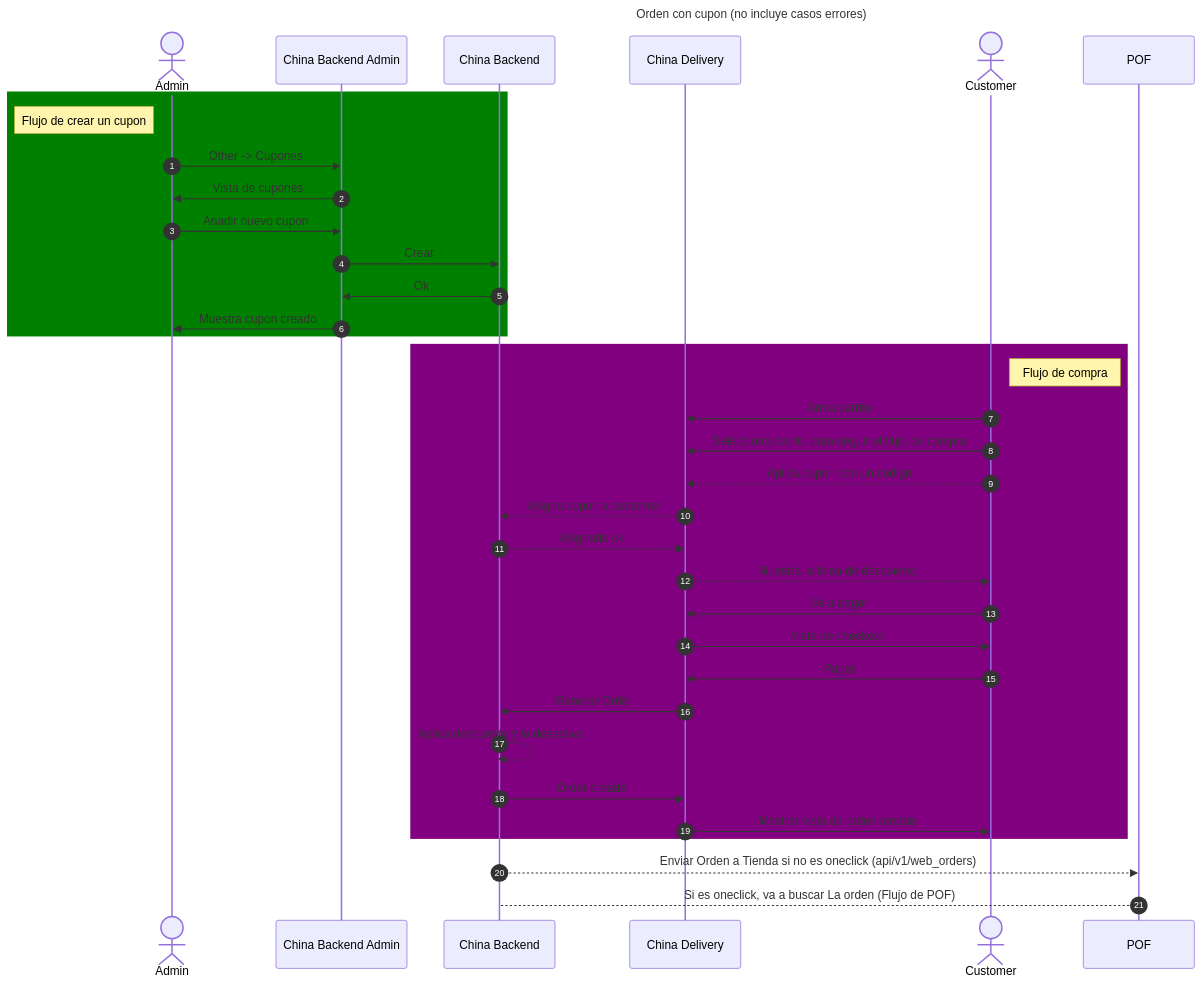
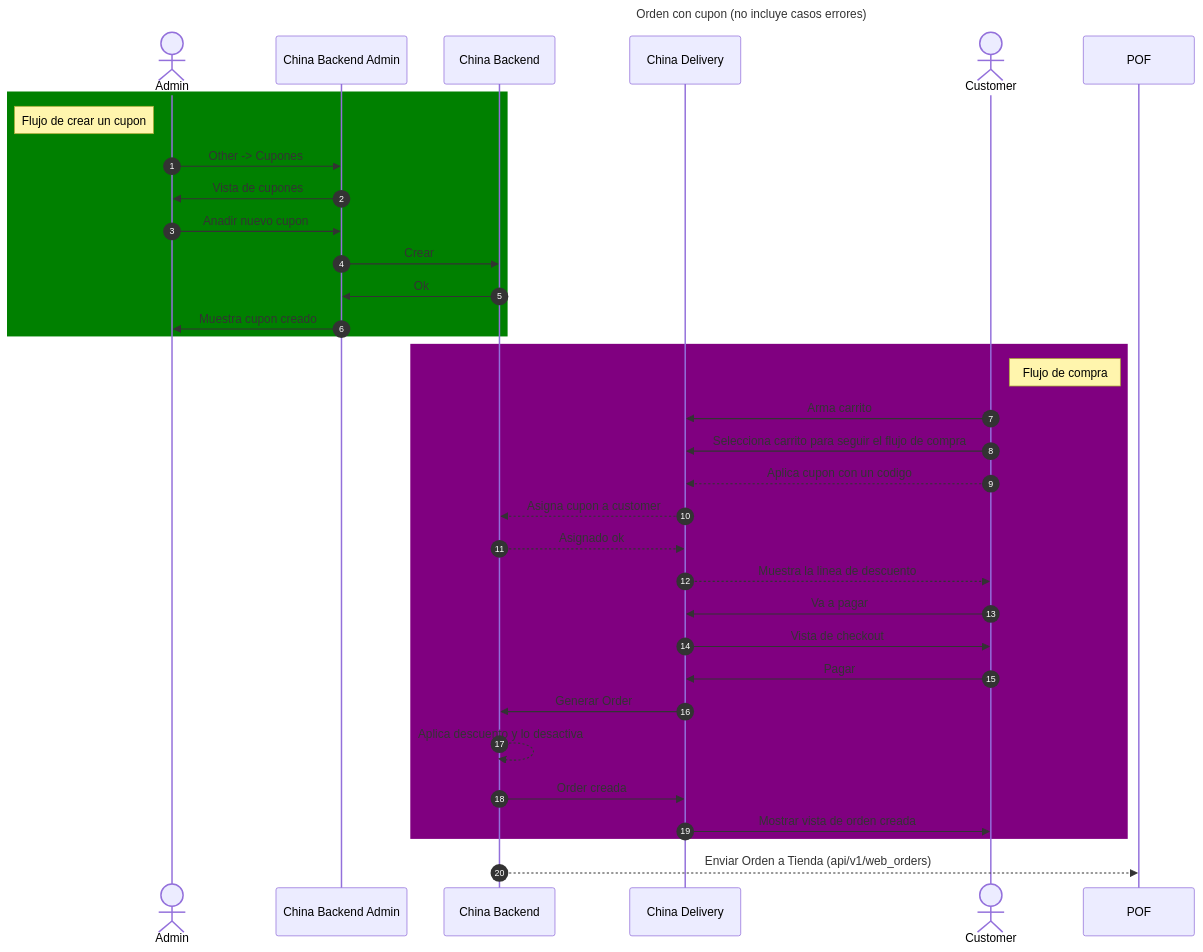
The second of 4 diagrams in 100_niufoods/03_projects/china_backend/documentation/orders/diagramns.md (javix70/personal_obsidian), drawn with Mermaid before and after one commit. The commit also changed 2 other files, not shown here.

Commit message:
vault backup: 2023-07-24 15:37:09

````diff
--- a/100_niufoods/03_projects/china_backend/documentation/orders/diagramns.md
+++ b/100_niufoods/03_projects/china_backend/documentation/orders/diagramns.md
@@ -44,41 +44,40 @@
 ```mermaid
 ---
 title: Orden con cupon (no incluye casos errores)
 ---
 sequenceDiagram
     autonumber
     actor A as Admin
     participant BA as China Backend Admin
     participant B as China Backend
     participant D as China Delivery
     actor C as Customer
     participant POF
 
     rect Green
     note left of A: Flujo de crear un cupon
     A->>BA: Other -> Cupones 
     BA->>A: Vista de cupones
     A->>BA: Anadir nuevo cupon
     BA->>B: Crear
     B->>BA: Ok
     BA->>A: Muestra cupon creado
     end
     rect Purple
     note right of C: Flujo de compra
     C->>D: Arma carrito
     C->>D: Selecciona carrito para seguir el flujo de compra
     C-->>D: Aplica cupon con un codigo
     D-->>B: Asigna cupon a customer
     B-->>D: Asignado ok
     D-->>C: Muestra la linea de descuento
     C->>D: Va a pagar
     D->>C: Vista de checkout
     C->>D: Pagar
     D->>B: Generar Order
     B-->>B: Aplica descuento y lo desactiva
     B->>D: Order creada
     D->>C: Mostrar vista de orden creada
     end
-    B-->>POF: Enviar Orden a Tienda si no es oneclick (api/v1/web_orders)
-    POF-->B: Si es oneclick, va a buscar La orden (Flujo de POF)  
+    B-->>POF: Enviar Orden a Tienda (api/v1/web_orders)
 ```
````
